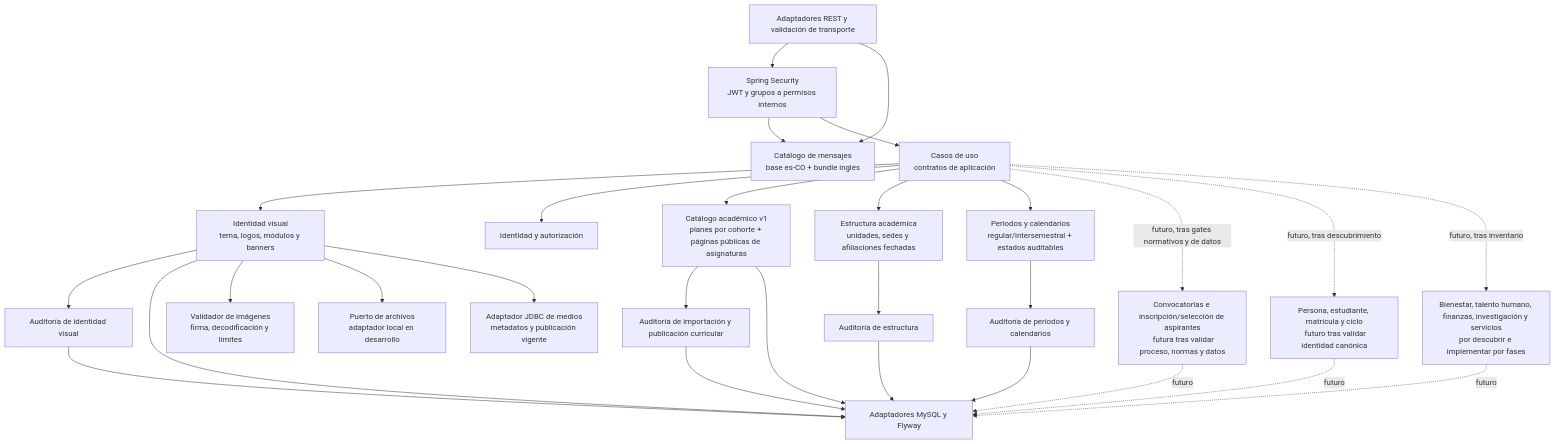
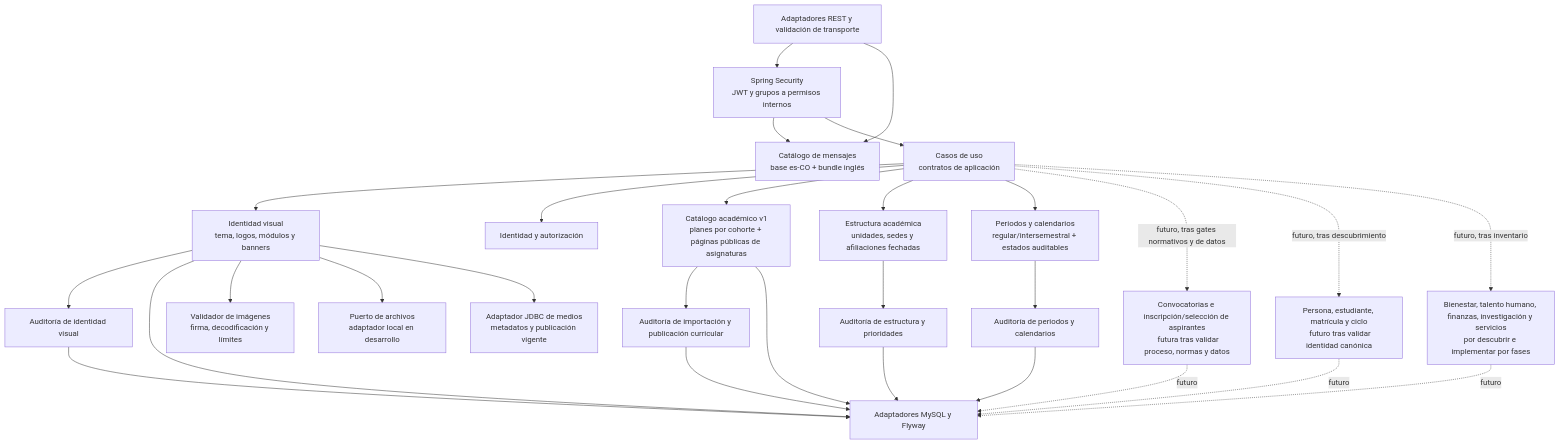
One commit to jdsalasca/open-university-backend changed the third of 3 diagrams in docs/architecture/c4.md. Above: the diagram before and after it, drawn with Mermaid. The commit also changed other lines of this file and 18 other files, not shown here.

````diff
--- a/docs/architecture/c4.md
+++ b/docs/architecture/c4.md
@@ -63,54 +63,54 @@
 ```mermaid
 flowchart TB
   Web[Adaptadores REST y validación de transporte]
   Security[Spring Security\nJWT y grupos a permisos internos]
   I18n[Catálogo de mensajes\nbase es-CO + bundle inglés]
   UseCases[Casos de uso\ncontratos de aplicación]
   Branding[Identidad visual\ntema, logos, módulos y banners]
   Identity[Identidad y autorización]
   Admissions[Convocatorias e inscripción/selección de aspirantes
   futura tras validar proceso, normas y datos]
   Student[Persona, estudiante, matrícula y ciclo
   futuro tras validar identidad canónica]
   Academics[Catálogo académico v1\nplanes por cohorte + páginas públicas de asignaturas]
   Structure[Estructura académica\nunidades, sedes y afiliaciones fechadas]
   Periods[Periodos y calendarios\nregular/intersemestral + estados auditables]
   Other[Bienestar, talento humano, finanzas, investigación y servicios\npor descubrir e implementar por fases]
   BrandingAudit[Auditoría de identidad visual]
   AcademicAudit[Auditoría de importación y publicación curricular]
-  StructureAudit[Auditoría de estructura]
+  StructureAudit[Auditoría de estructura y prioridades]
   PeriodAudit[Auditoría de periodos y calendarios]
   Persistence[Adaptadores MySQL y Flyway]
   MediaValidation[Validador de imágenes\nfirma, decodificación y límites]
   AssetStorage[Puerto de archivos\nadaptador local en desarrollo]
   AssetRepository[Adaptador JDBC de medios\nmetadatos y publicación vigente]
 
   Web --> Security
   Web --> I18n
   Security --> I18n
   Security --> UseCases
   UseCases --> Branding
   UseCases --> Identity
   UseCases --> Academics
   UseCases --> Structure
   UseCases --> Periods
   UseCases -. futuro, tras gates normativos y de datos .-> Admissions
   UseCases -. futuro, tras descubrimiento .-> Student
   UseCases -. futuro, tras inventario .-> Other
   Branding --> BrandingAudit
   BrandingAudit --> Persistence
   Academics --> AcademicAudit
   AcademicAudit --> Persistence
   Structure --> StructureAudit
   StructureAudit --> Persistence
   Periods --> PeriodAudit
   PeriodAudit --> Persistence
   Branding --> Persistence
   Branding --> MediaValidation
   Branding --> AssetStorage
   Branding --> AssetRepository
   Academics --> Persistence
   Admissions -. futuro .-> Persistence
   Student -. futuro .-> Persistence
   Other -. futuro .-> Persistence
 ```
````
